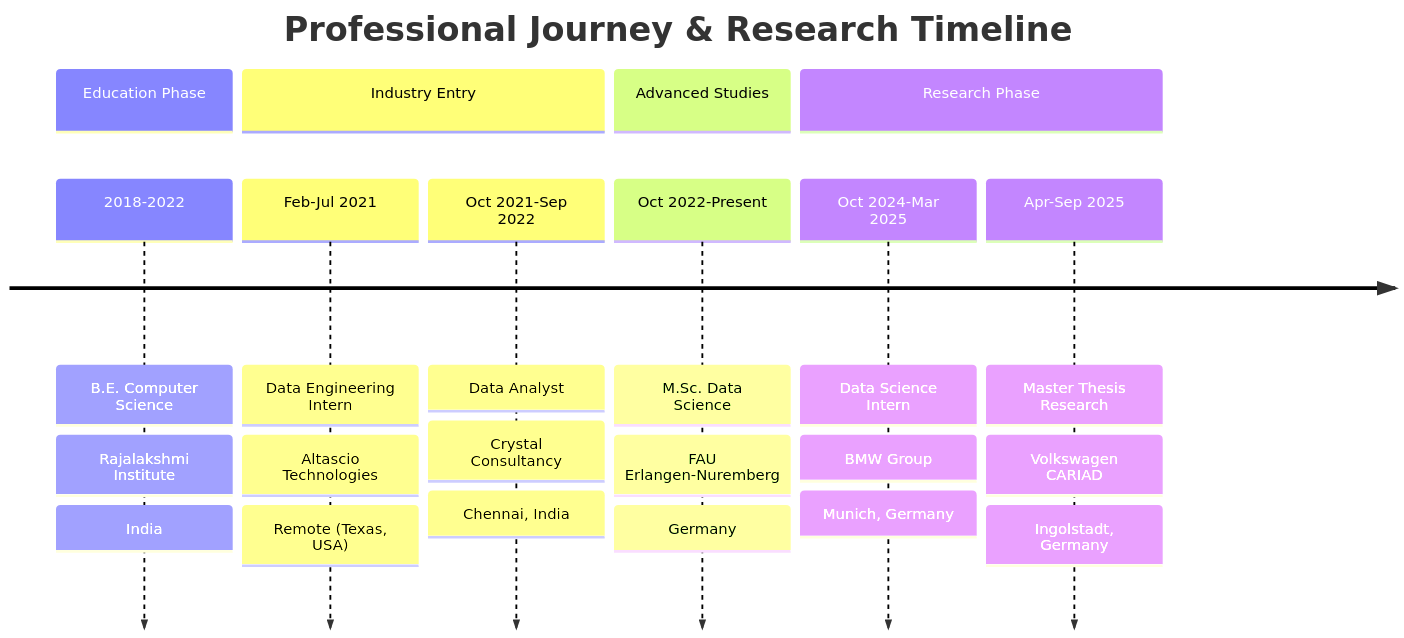
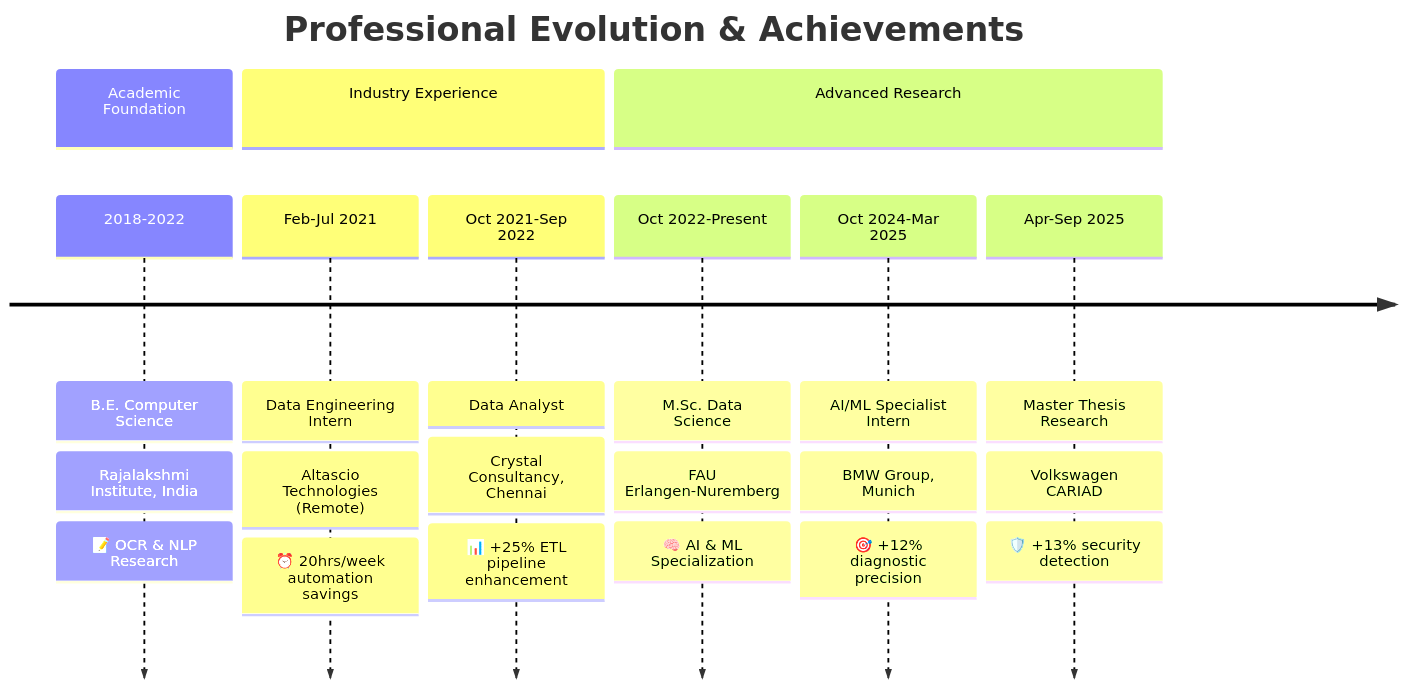
One commit to DARREN-2000/DARREN-2000 changed the second of 2 diagrams in README.md. Above: the diagram before and after it, drawn with Mermaid. The commit also changed other lines of this file, not shown here.

````diff
--- a/README.md
+++ b/README.md
@@ -319,30 +118,28 @@
 ```mermaid
 timeline
-    title Professional Journey & Research Timeline
+    title Professional Evolution & Achievements
     
-    section Education Phase
+    section Academic Foundation
         2018-2022    : B.E. Computer Science
-                     : Rajalakshmi Institute
-                     : India
+                     : Rajalakshmi Institute, India
+                     : 📝 OCR & NLP Research
         
-    section Industry Entry
+    section Industry Experience
         Feb-Jul 2021 : Data Engineering Intern
-                     : Altascio Technologies
-                     : Remote (Texas, USA)
+                     : Altascio Technologies (Remote)
+                     : ⏰ 20hrs/week automation savings
         Oct 2021-Sep 2022 : Data Analyst
-                           : Crystal Consultancy
-                           : Chennai, India
+                           : Crystal Consultancy, Chennai
+                           : 📊 +25% ETL pipeline enhancement
         
-    section Advanced Studies
+    section Advanced Research
         Oct 2022-Present : M.Sc. Data Science
                          : FAU Erlangen-Nuremberg
-                         : Germany
-        
-    section Research Phase
-        Oct 2024-Mar 2025 : Data Science Intern
-                          : BMW Group
-                          : Munich, Germany
+                         : 🧠 AI & ML Specialization
+        Oct 2024-Mar 2025 : AI/ML Specialist Intern
+                          : BMW Group, Munich
+                          : 🎯 +12% diagnostic precision
         Apr-Sep 2025      : Master Thesis Research
                           : Volkswagen CARIAD
-                          : Ingolstadt, Germany
+                          : 🛡️ +13% security detection
 ```
````
